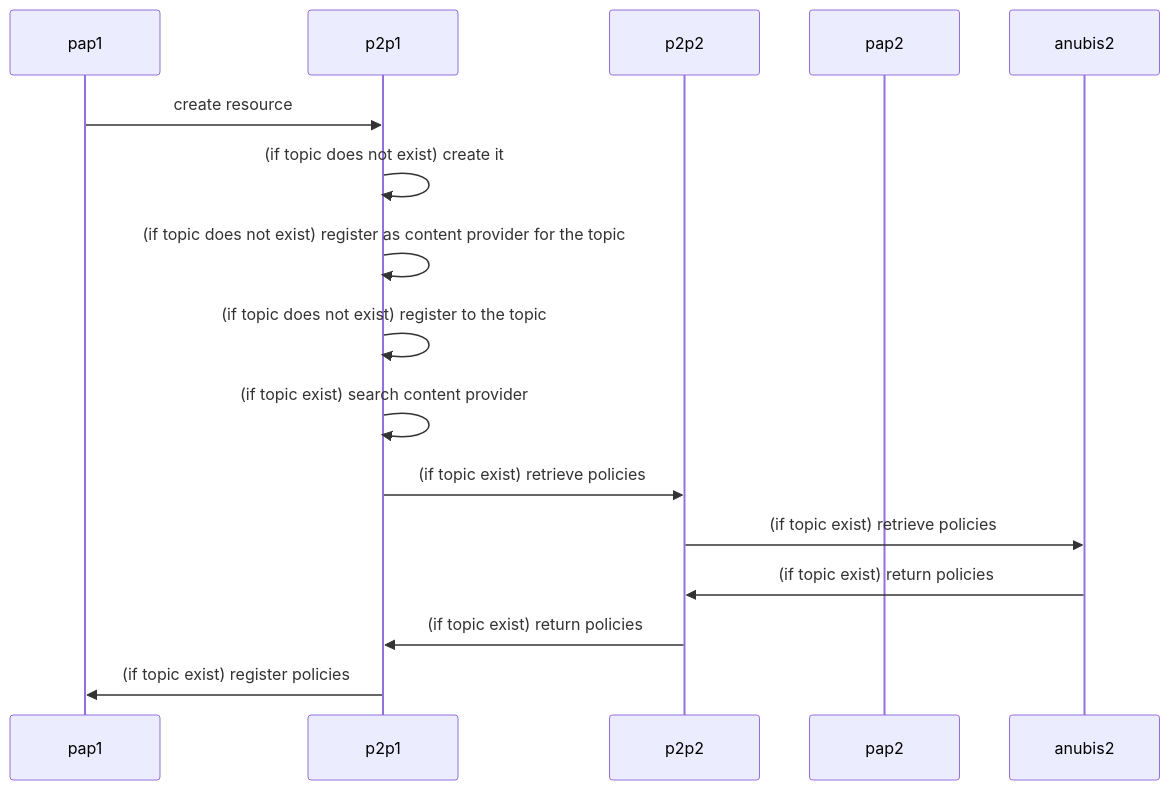
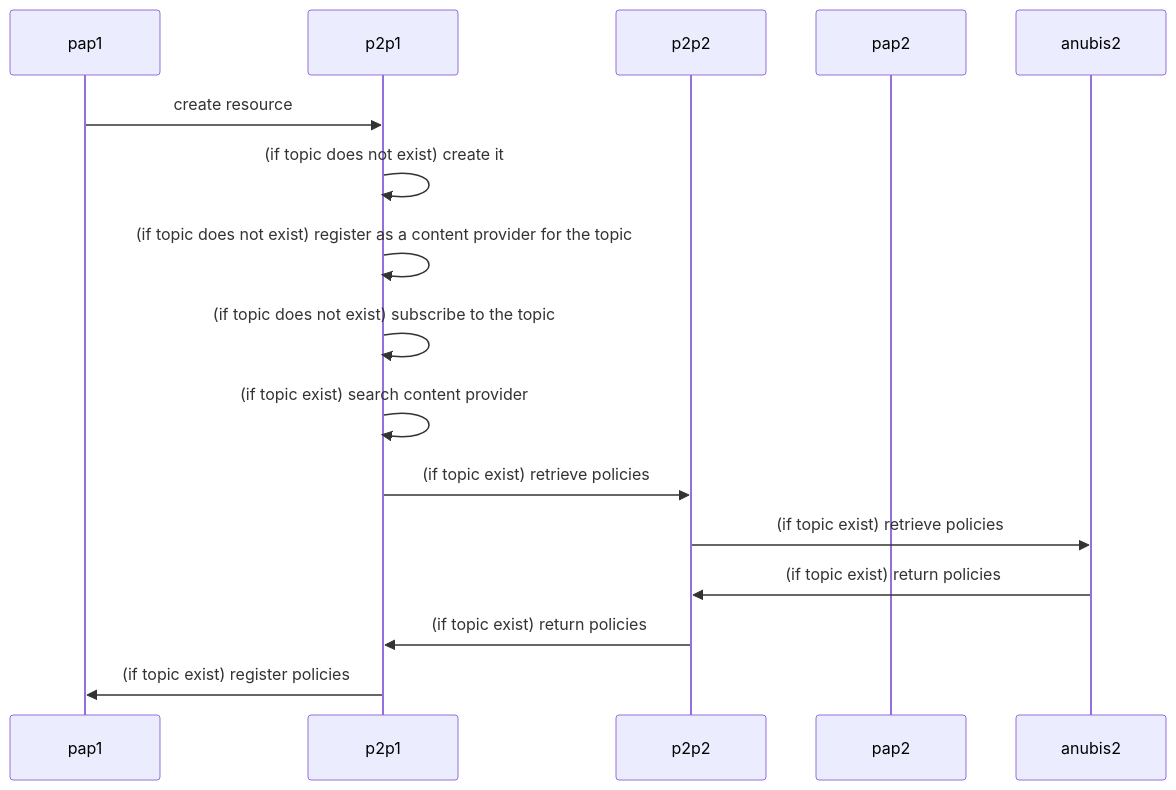
One commit to orchestracities/anubis changed the diagram in docs/createresource.mmd. Above: the diagram before and after it, drawn with Mermaid. The commit also changed 40 other files, not shown here.

```diff
--- a/docs/createresource.mmd
+++ b/docs/createresource.mmd
@@ -1,15 +1,15 @@
 sequenceDiagram
     participant pap1
     participant p2p1
     participant p2p2
     participant pap2
     pap1->>p2p1: create resource
     p2p1->>p2p1: (if topic does not exist) create it
-    p2p1->>p2p1: (if topic does not exist) register as content provider for the topic
-    p2p1->>p2p1: (if topic does not exist) register to the topic
+    p2p1->>p2p1: (if topic does not exist) register as a content provider for the topic
+    p2p1->>p2p1: (if topic does not exist) subscribe to the topic
     p2p1->>p2p1: (if topic exist) search content provider
     p2p1->>p2p2: (if topic exist) retrieve policies
     p2p2->>anubis2: (if topic exist) retrieve policies
     anubis2->>p2p2: (if topic exist) return policies
     p2p2->>p2p1: (if topic exist) return policies
     p2p1->>pap1: (if topic exist) register policies
```
